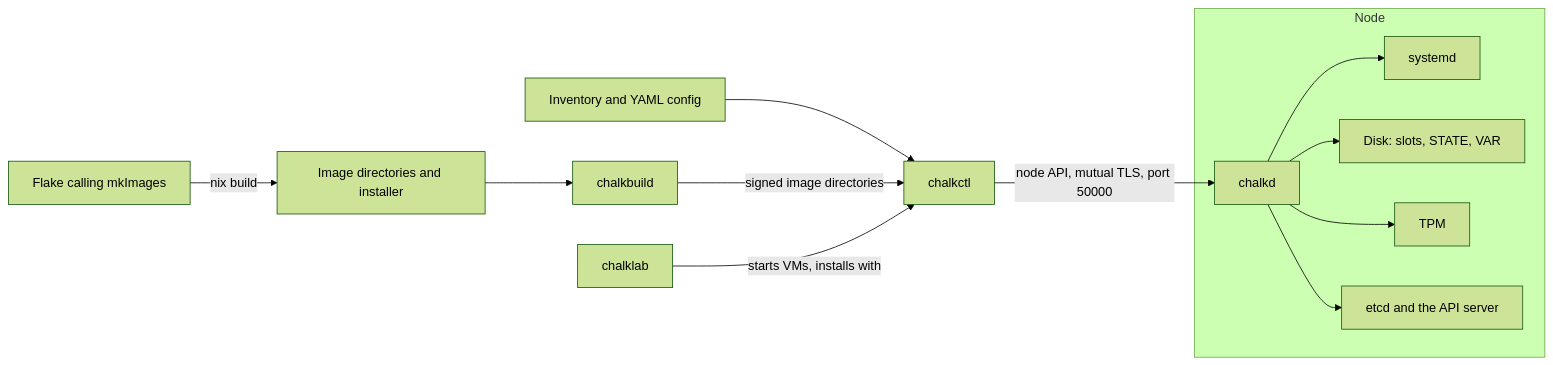
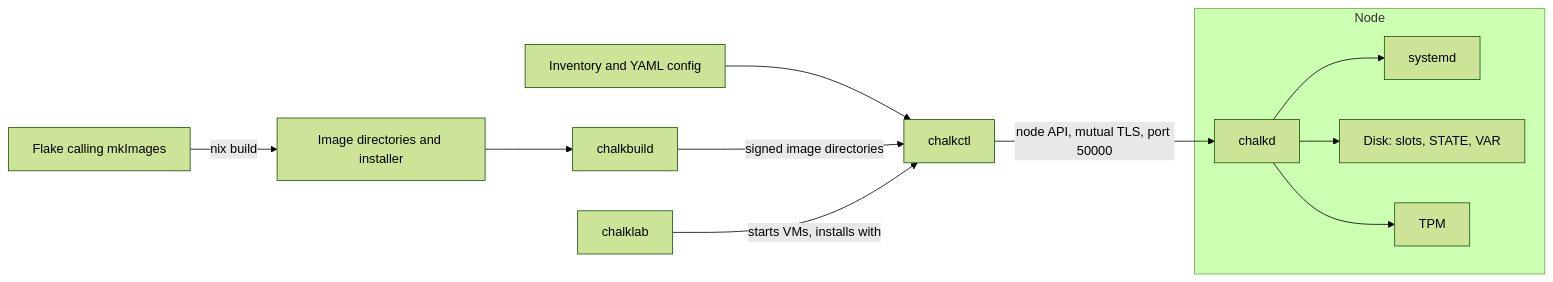
Before and after one commit to trevex/chalkos: the first of 2 diagrams in docs/how-it-works/node/architecture.md, drawn with Mermaid (forest theme). The commit also changed other lines of this file and 10 other files, not shown here.

Commit message:
docs: add an overview of how a node works and split out the architecture's internals

````diff
--- a/docs/how-it-works/node/architecture.md
+++ b/docs/how-it-works/node/architecture.md
@@ -31,15 +15,14 @@
 ```mermaid
 flowchart LR
     flake["Flake calling mkImages"] -->|nix build| images["Image directories and installer"]
     inventory["Inventory and YAML config"] --> chalkctl
     images --> chalkbuild
     chalkbuild -->|signed image directories| chalkctl
     chalklab -->|starts VMs, installs with| chalkctl
     chalkctl -->|node API, mutual TLS, port 50000| chalkd
     subgraph node["Node"]
         chalkd --> systemd
         chalkd --> disk["Disk: slots, STATE, VAR"]
         chalkd --> tpm["TPM"]
-        chalkd --> k8s["etcd and the API server"]
     end
 ```
````
